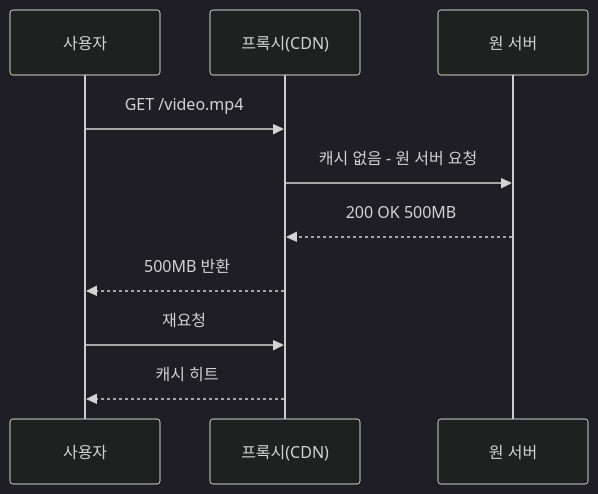
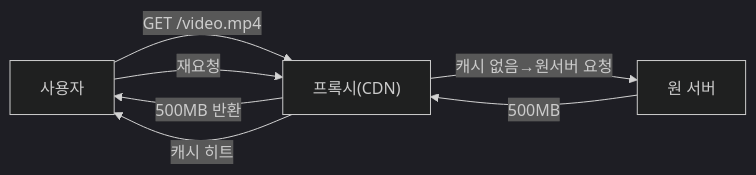
One commit to yjkim2015/yjkim2015.github.io changed the fourth of 6 diagrams in _posts/http/2021-04-25-http-11.md. Above: the diagram before and after it, drawn with Mermaid (dark theme). The commit also changed other lines of this file and 9 other files, not shown here.

````diff
--- a/_posts/http/2021-04-25-http-11.md
+++ b/_posts/http/2021-04-25-http-11.md
@@ -156,12 +146,9 @@
 ```mermaid
-sequenceDiagram
-    participant K as 사용자
-    participant P as 프록시(CDN)
-    participant S as 원 서버
-    K->>P: GET /video.mp4
-    P->>S: 캐시 없음 - 원 서버 요청
-    S-->>P: 200 OK 500MB
-    P-->>K: 500MB 반환
-    K->>P: 재요청
-    P-->>K: 캐시 히트
+graph LR
+    K["사용자"] -->|"GET /video.mp4"| P["프록시(CDN)"]
+    P -->|"캐시 없음→원서버 요청"| S["원 서버"]
+    S -->|"500MB"| P
+    P -->|"500MB 반환"| K
+    K -->|"재요청"| P
+    P -->|"캐시 히트"| K
 ```
````
